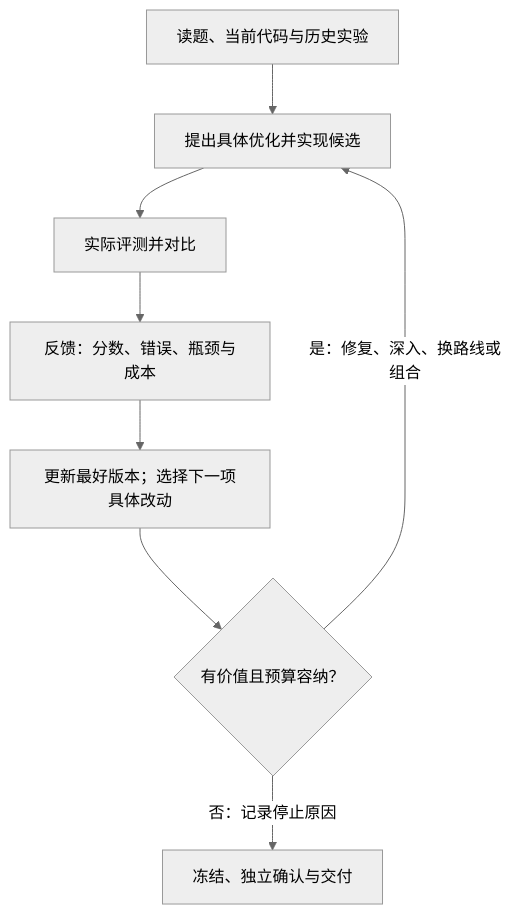
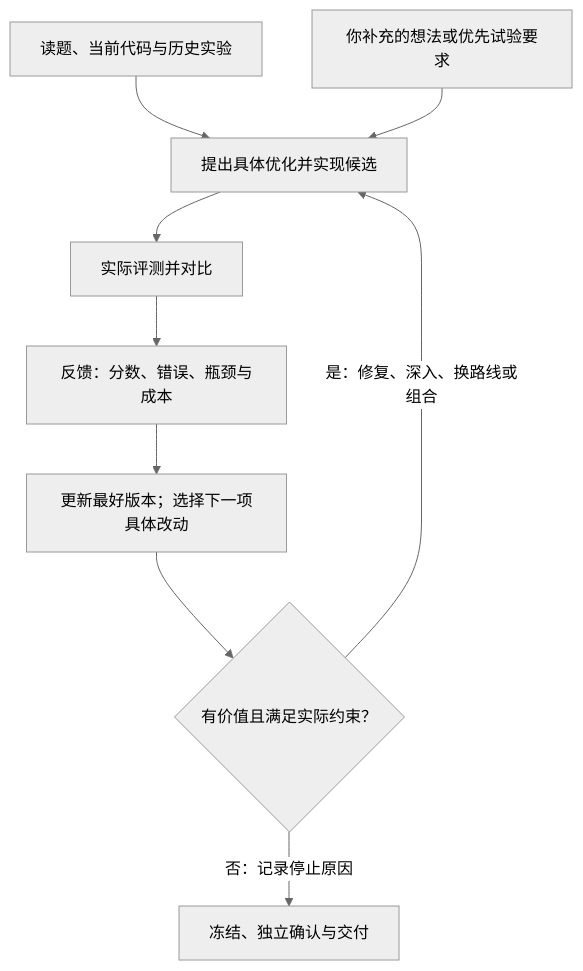
Before and after one commit to LikC1606/competition-agent-skill: the diagram in README.md, drawn with Mermaid (neutral theme). The commit also changed other lines of this file and 4 other files, not shown here.

````diff
--- a/README.md
+++ b/README.md
@@ -38,10 +38,11 @@
 ```mermaid
 flowchart TD
     A[读题、当前代码与历史实验] --> B[提出具体优化并实现候选]
+    H[你补充的想法或优先试验要求] --> B
     B --> C[实际评测并对比]
     C --> D[反馈：分数、错误、瓶颈与成本]
     D --> E[更新最好版本；选择下一项具体改动]
-    E --> F{有价值且预算容纳？}
+    E --> F{有价值且满足实际约束？}
     F -->|是：修复、深入、换路线或组合| B
     F -->|否：记录停止原因| G[冻结、独立确认与交付]
 ```
````
